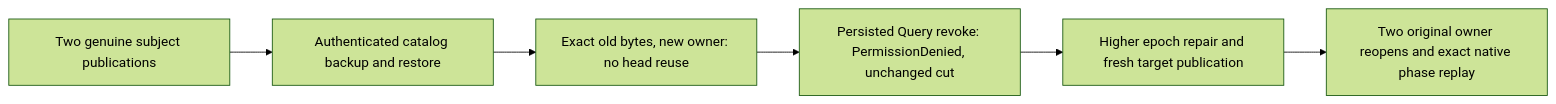
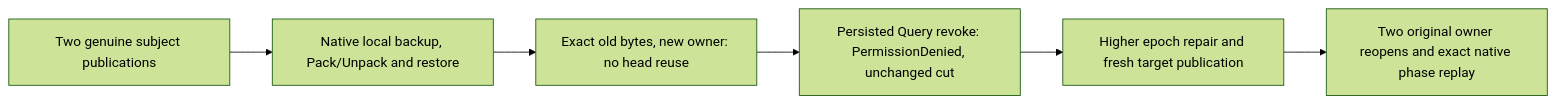
Before and after one commit to managedcode/KeyLoad: the diagram in docs/Features/Search/Bm25RestoredEligibility.md, drawn with Mermaid (forest theme). The commit also changed other lines of this file and 1094 other files, not shown here.

````diff
--- a/docs/Features/Search/Bm25RestoredEligibility.md
+++ b/docs/Features/Search/Bm25RestoredEligibility.md
@@ -5,8 +5,8 @@
 ```mermaid
 flowchart LR
- S[Two genuine subject publications] --> B[Authenticated catalog backup and restore]
+ S[Two genuine subject publications] --> B[Native local backup, Pack/Unpack and restore]
  B --> E[Exact old bytes, new owner: no head reuse]
  E --> D[Persisted Query revoke: PermissionDenied, unchanged cut]
  D --> R[Higher epoch repair and fresh target publication]
  R --> C[Two original owner reopens and exact native phase replay]
 ```
````
